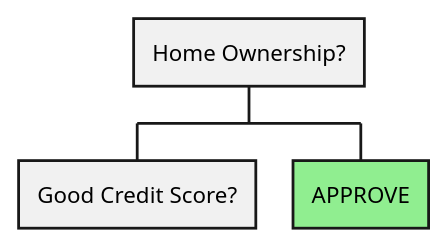
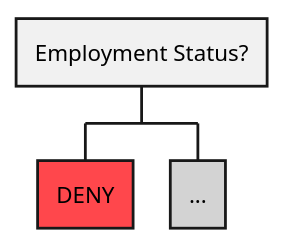
One commit to mitchspano/mitchspano.github.io changed the fourth of 5 diagrams in _posts/2024-05-11-decision_trees.markdown. Above: the diagram before and after it, drawn with PlantUML. The commit also changed other lines of this file, not shown here.

```diff
--- a/_posts/2024-05-11-decision_trees.markdown
+++ b/_posts/2024-05-11-decision_trees.markdown
@@ -474,15 +369,21 @@
 {% plantuml %}
 @startwbs
 <style>
 wbsDiagram {
   .green {
       BackgroundColor #90EE90
   }
+  .red {
+      BackgroundColor #FF474C
+  }
+  .gray {
+      BackgroundColor #D3D3D3
+  }
 }
 </style>
-* Home Ownership?
-** Good Credit Score?
-** APPROVE <<green>>
++ Employment Status?
+++ DENY <<red>>
+++ ... <<gray>>
 
 @endwbs
 {% endplantuml %}
```
